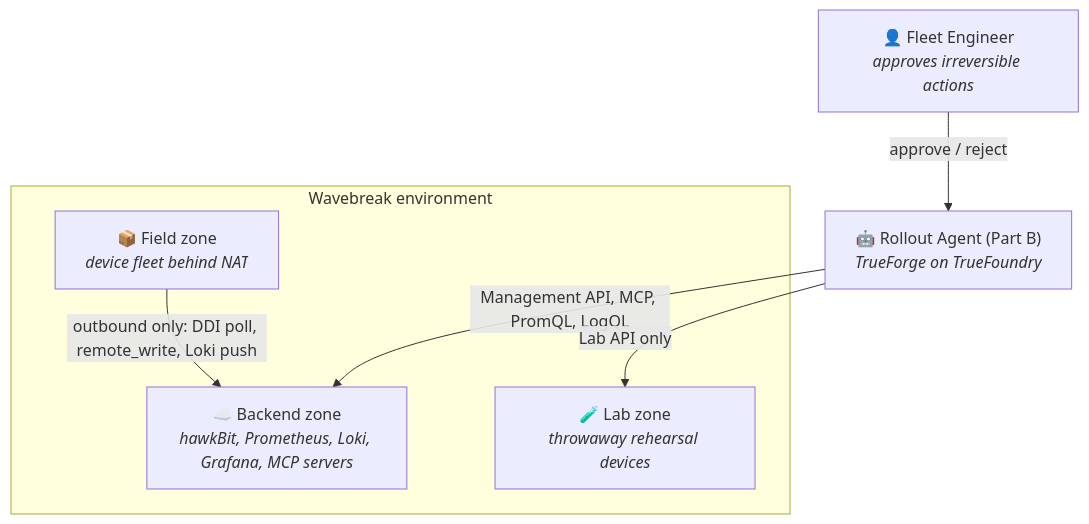
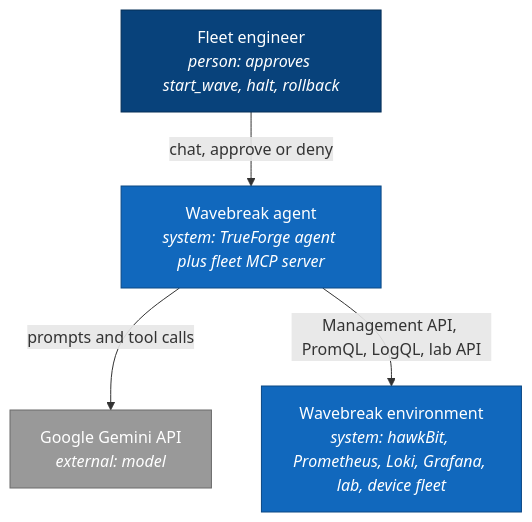
The first of 16 diagrams in docs/architecture.md (phoenixsac/wavebreak), drawn with Mermaid before and after one commit. The commit also changed other lines of this file and 1 other file, not shown here.

First line of the commit message:
Reconcile architecture docs with code

````diff
--- a/docs/architecture.md
+++ b/docs/architecture.md
@@ -47,16 +80,18 @@
 ```mermaid
 flowchart TB
-    eng["👤 Fleet Engineer<br/><i>approves irreversible actions</i>"]
-    agent["🤖 Rollout Agent (Part B)<br/><i>TrueForge on TrueFoundry</i>"]
+    eng["Fleet engineer<br/><i>person: approves start_wave, halt, rollback</i>"]
+    agent["Wavebreak agent<br/><i>system: TrueForge agent plus fleet MCP server</i>"]
+    env["Wavebreak environment<br/><i>system: hawkBit, Prometheus, Loki, Grafana, lab, device fleet</i>"]
+    llm["Google Gemini API<br/><i>external: model</i>"]
 
-    subgraph wb["Wavebreak environment"]
-        backend["☁️ Backend zone<br/><i>hawkBit, Prometheus, Loki, Grafana, MCP servers</i>"]
-        field["📦 Field zone<br/><i>device fleet behind NAT</i>"]
-        lab["🧪 Lab zone<br/><i>throwaway rehearsal devices</i>"]
-    end
+    eng -- "chat, approve or deny" --> agent
+    agent -- "prompts and tool calls" --> llm
+    agent -- "Management API, PromQL, LogQL, lab API" --> env
 
-    eng -- "approve / reject" --> agent
-    agent -- "Management API, MCP, PromQL, LogQL" --> backend
-    agent -- "Lab API only" --> lab
-    field -- "outbound only: DDI poll, remote_write, Loki push" --> backend
+    classDef person fill:#08427b,stroke:#052e56,color:#fff
+    classDef system fill:#1168bd,stroke:#0b4884,color:#fff
+    classDef external fill:#999,stroke:#6b6b6b,color:#fff
+    class eng person
+    class agent,env system
+    class llm external
 ```
````
